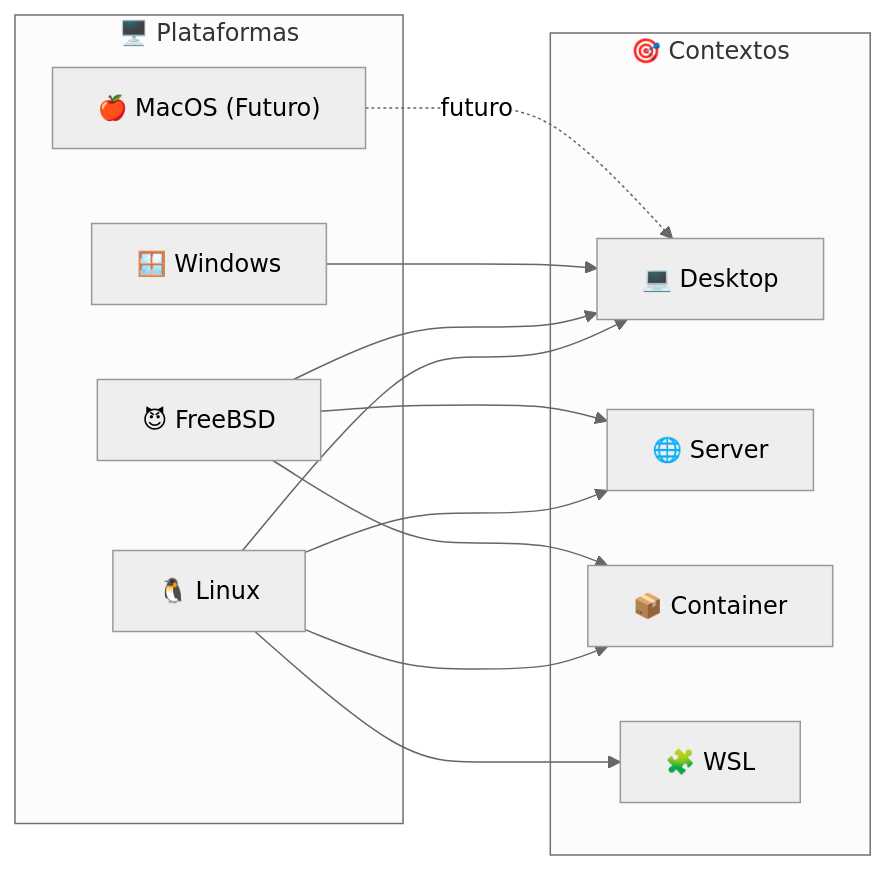
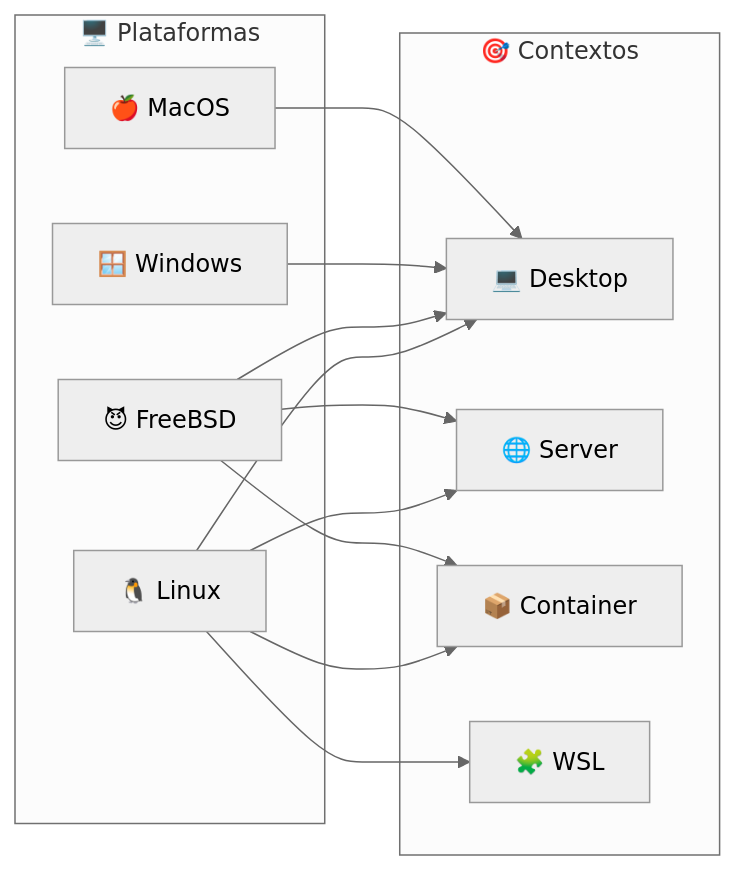
The first of 3 diagrams in README.md (GabrielFrigo4/shell), drawn with Mermaid (neutral theme) before and after one commit. The commit also changed other lines of this file and 26 other files, not shown here.

````diff
--- a/README.md
+++ b/README.md
@@ -19,29 +19,29 @@
 ```mermaid
 flowchart LR
     subgraph OS ["🖥️ Plataformas"]
         LNX["🐧 Linux"]
         BSD["😈 FreeBSD"]
         WIN["🪟 Windows"]
-        MAC["🍎 MacOS (Futuro)"]
+        MAC["🍎 MacOS"]
     end
 
     subgraph CTX ["🎯 Contextos"]
         DSK["💻 Desktop"]
         SRV["🌐 Server"]
         CNT["📦 Container"]
         WSL["🧩 WSL"]
     end
 
     LNX --> DSK
     LNX --> SRV
     LNX --> CNT
     LNX --> WSL
 
     BSD --> DSK
     BSD --> SRV
     BSD --> CNT
 
     WIN --> DSK
 
-    MAC -.->|futuro| DSK
+    MAC --> DSK
 ```
````
